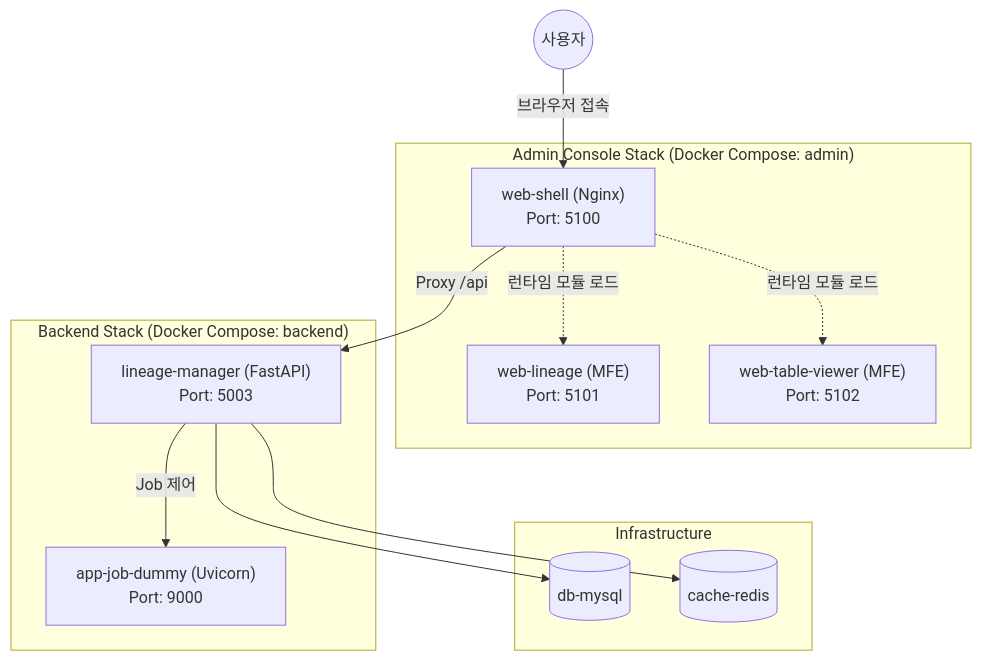
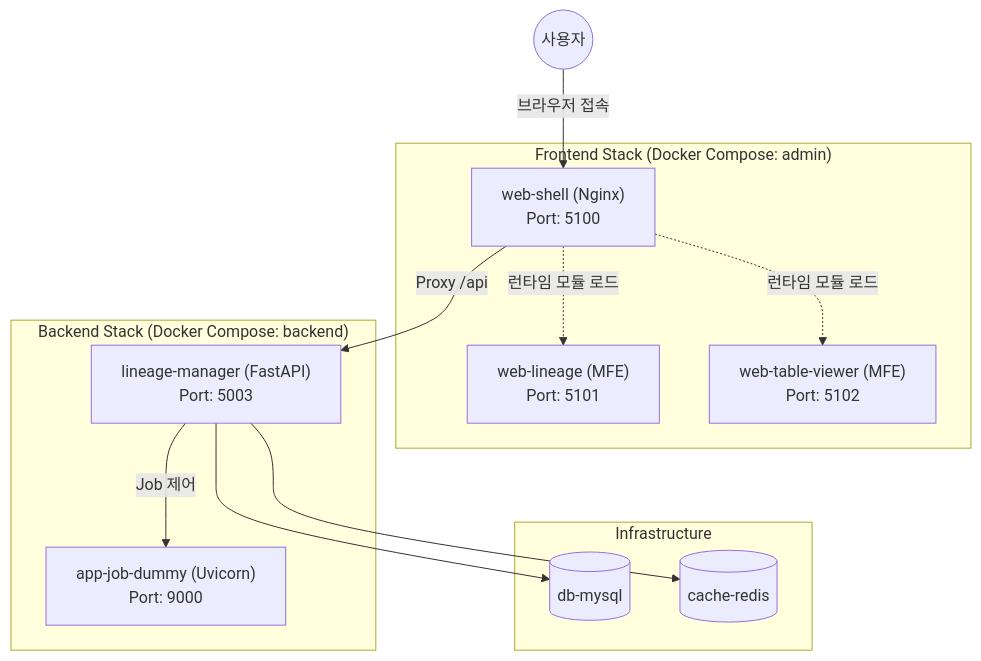
Before and after one commit to zer0pool/graph-viz: the diagram in docs/01.onboarding/service-architecture.md, drawn with Mermaid. The commit also changed other lines of this file and 320 other files, not shown here.

````diff
--- a/docs/01.onboarding/service-architecture.md
+++ b/docs/01.onboarding/service-architecture.md
@@ -11,35 +11,35 @@
 ```mermaid
 graph TD
     User((사용자))
 
-    subgraph "Admin Console Stack (Docker Compose: admin)"
+    subgraph "Frontend Stack (Docker Compose: admin)"
         Shell["web-shell (Nginx)<br/>Port: 5100"]
         MFE_L["web-lineage (MFE)<br/>Port: 5101"]
         MFE_T["web-table-viewer (MFE)<br/>Port: 5102"]
     end
 
     subgraph "Backend Stack (Docker Compose: backend)"
         AppManager["lineage-manager (FastAPI)<br/>Port: 5003"]
         JobDummy["app-job-dummy (Uvicorn)<br/>Port: 9000"]
     end
 
     subgraph "Infrastructure"
         DB[(db-mysql)]
         Redis[(cache-redis)]
     end
 
     %% 사용자 요청 흐름
     User -->|브라우저 접속| Shell
 
     %% MFE 로딩
     Shell -.->|런타임 모듈 로드| MFE_L
     Shell -.->|런타임 모듈 로드| MFE_T
 
     %% API 요청 흐름 (Nginx Proxy)
     Shell -->|Proxy /api| AppManager
 
     %% 백엔드 내부 흐름
     AppManager --> DB
     AppManager --> Redis
     AppManager -->|Job 제어| JobDummy
 ```
````
